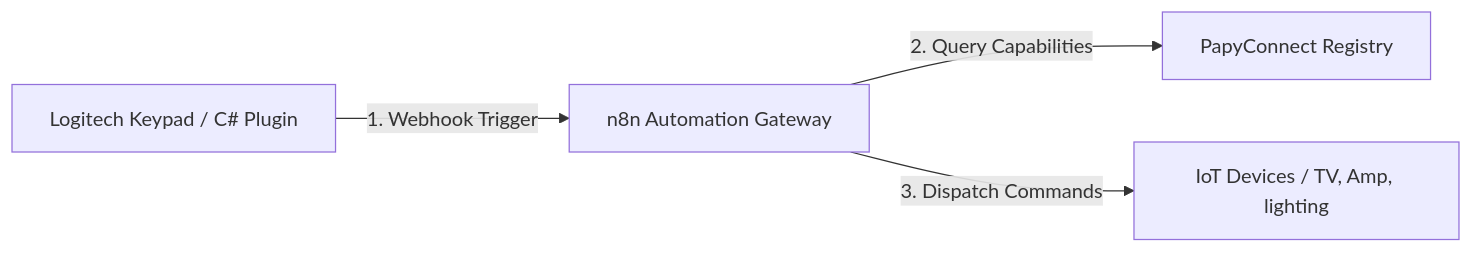
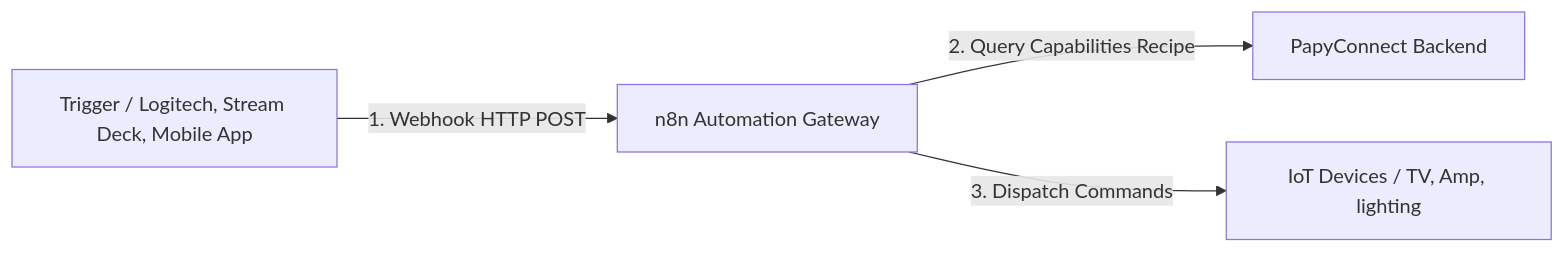
The first of 2 diagrams in ARCHITECTURE.md (gnueole/papyconnect), drawn with Mermaid before and after one commit. The commit also changed 1 other file, not shown here.

Commit message:
docs: update Mermaid diagrams to show generic HTTP POST webhook triggers

````diff
--- a/ARCHITECTURE.md
+++ b/ARCHITECTURE.md
@@ -11,6 +11,6 @@
 ```mermaid
 graph LR
-    Logi[Logitech Keypad / C# Plugin] -->|1. Webhook Trigger| n8n[n8n Automation Gateway]
-    n8n -->|2. Query Capabilities| PC[PapyConnect Registry]
+    Trigger[Trigger / Logitech, Stream Deck, Mobile App] -->|1. Webhook HTTP POST| n8n[n8n Automation Gateway]
+    n8n -->|2. Query Capabilities Recipe| PC[PapyConnect Backend]
     n8n -->|3. Dispatch Commands| IoT[IoT Devices / TV, Amp, lighting]
 ```
````
